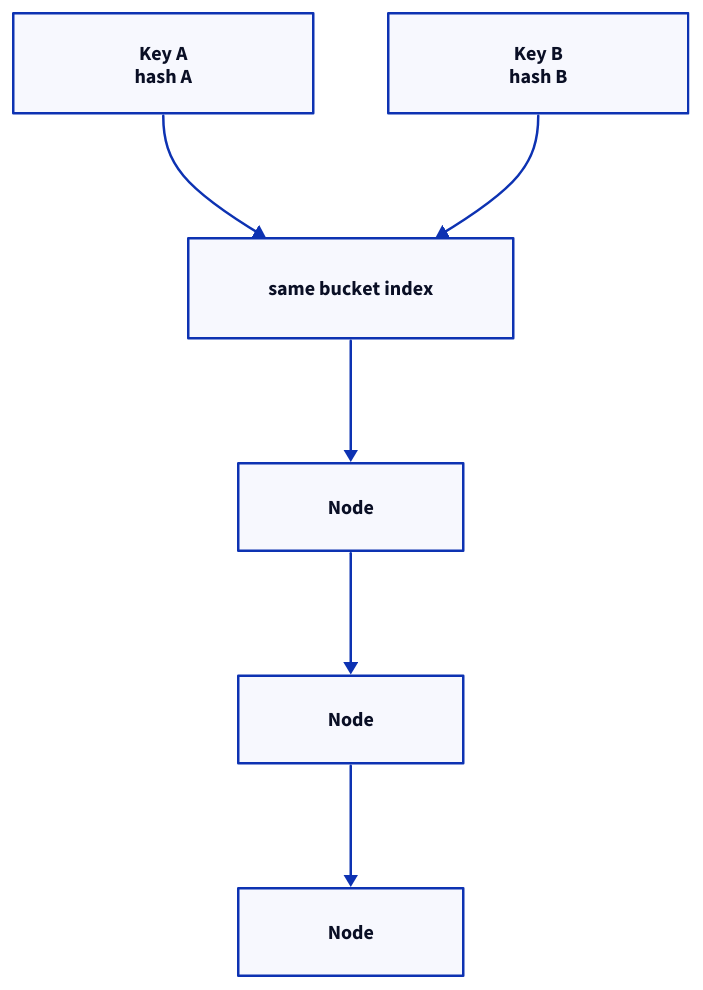
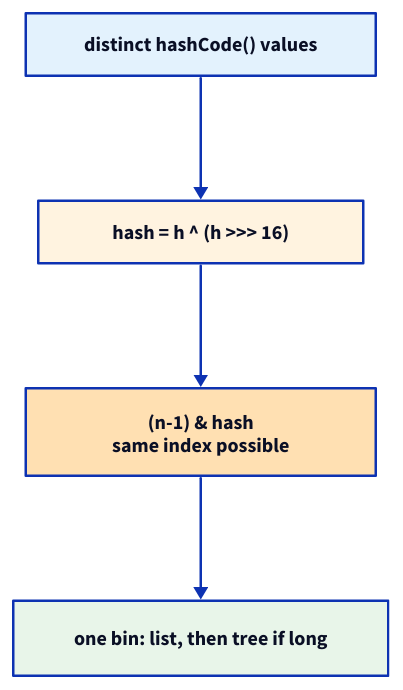
Before and after one commit to LogicAdept/SRS-Obsidian: the diagram in SRS/Can HashMap degrade to a linked list when keys have different hashCodes.md, drawn with D2. The commit also changed other lines of this file and 29 other files, not shown here.

````diff
--- a/SRS/Can HashMap degrade to a linked list when keys have different hashCodes.md
+++ b/SRS/Can HashMap degrade to a linked list when keys have different hashCodes.md
@@ -23,33 +29,27 @@
 ```d2
 direction: down
-hashA: "Key A\nhash A" {
-  width: 240
-  height: 80
+hc: "distinct hashCode() values" {
+  width: 280
+  height: 50
+  style.fill: "#e3f2fd"
 }
-hashB: "Key B\nhash B" {
-  width: 240
-  height: 80
+mix: "hash = h ^ (h >>> 16)" {
+  width: 260
+  height: 50
+  style.fill: "#fff3e0"
 }
-bucket: "same bucket index" {
-  width: 260
-  height: 80
+idx: "(n-1) & hash\nsame index possible" {
+  width: 280
+  height: 70
+  style.fill: "#ffe0b2"
 }
-node1: "Node" {
-  width: 180
-  height: 70
-}
-node2: "Node" {
-  width: 180
-  height: 70
-}
-node3: "Node" {
-  width: 180
-  height: 70
+bin: "one bin: list, then tree if long" {
+  width: 300
+  height: 60
+  style.fill: "#e8f5e9"
 }
 
-hashA -> bucket
-hashB -> bucket
-bucket -> node1
-node1 -> node2
-node2 -> node3
+hc -> mix
+mix -> idx
+idx -> bin
 ```
````
